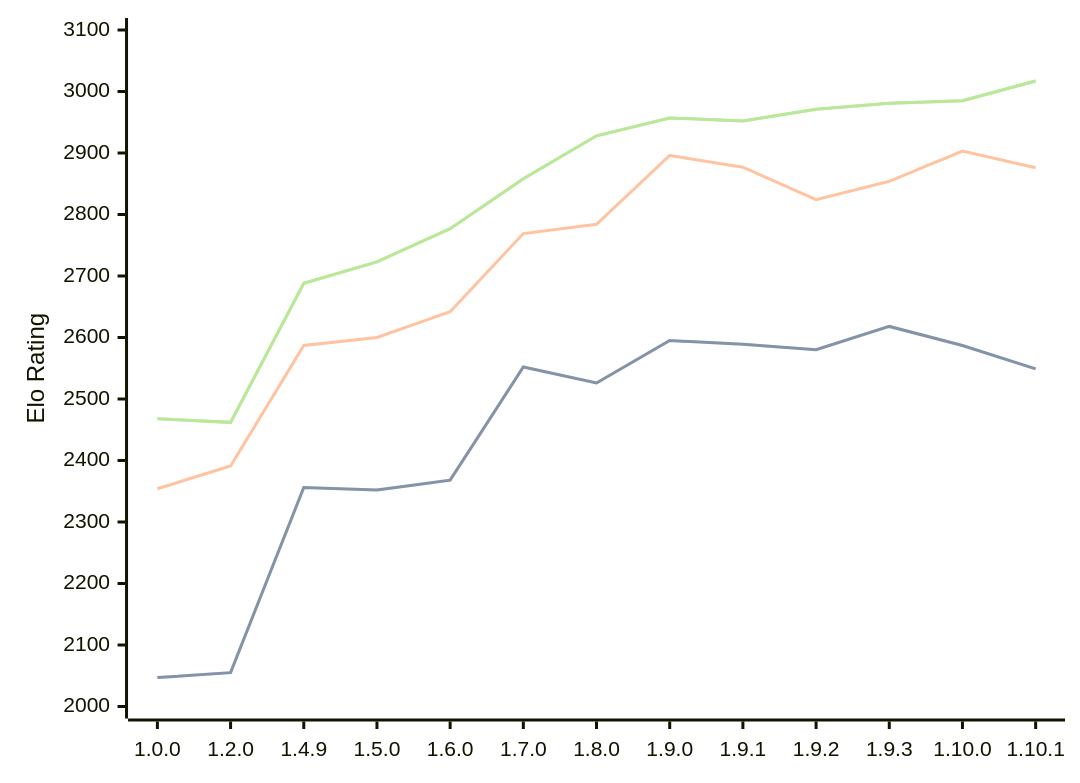
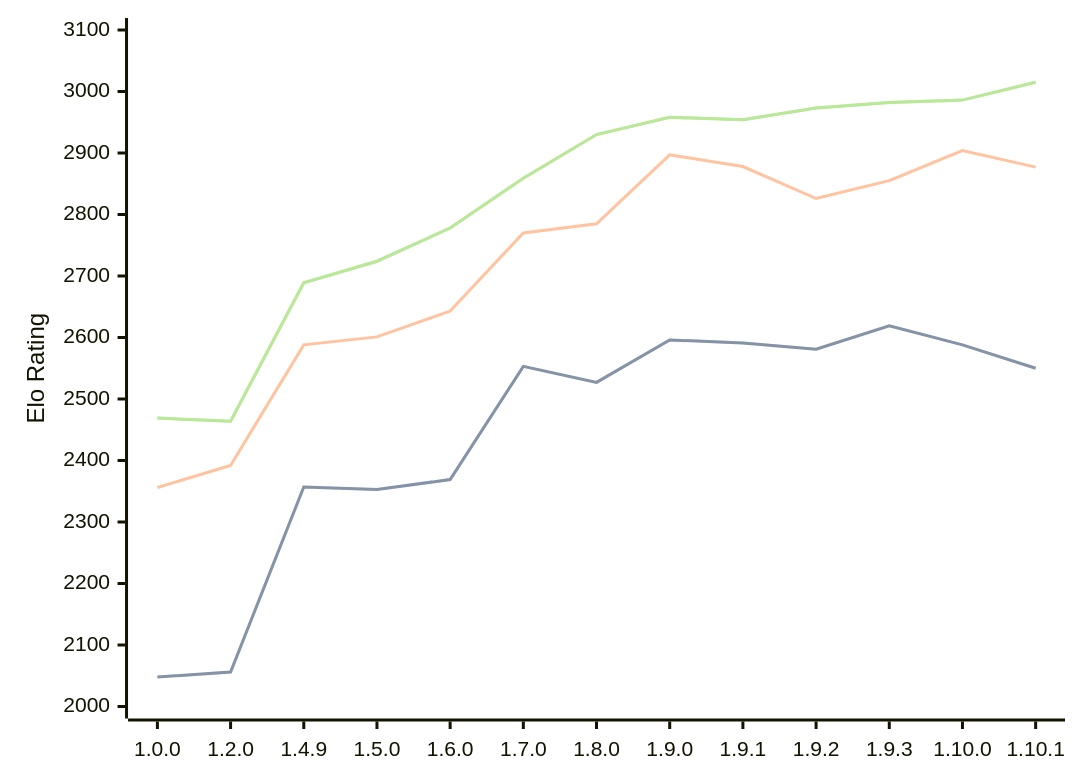
The diagram in engines/Basilisk.md (computer-chess-index/cci), drawn with Mermaid before and after one commit. The commit also changed other lines of this file, not shown here.

Commit message:
Update CCI Ratings (ELO VLTC) - 2026-10-09

````diff
--- a/engines/Basilisk.md
+++ b/engines/Basilisk.md
@@ -56,11 +56,11 @@
 ```mermaid
 %%{init: {"theme":"base","themeVariables":{"seriesColors:['#a3a3a3','#222221','#faa371']}}}%%
 xychart-beta
   x-axis ["1.0.0", "1.2.0", "1.4.9", "1.5.0", "1.6.0", "1.7.0", "1.8.0", "1.9.0", "1.9.1", "1.9.2", "1.9.3", "1.10.0", "1.10.1"]
   y-axis "Elo Rating" 2000 --> 3100
-  line "" [2047, 2055, 2356, 2352, 2368, 2552, 2526, 2595, 2589, 2580, 2618, 2587, 2549]
-  line "STC (8.0+0.08s)" [2047, 2055, 2356, 2352, 2368, 2552, 2526, 2595, 2589, 2580, 2618, 2587, 2549]
-  line "LTC (60.0+0.60s)" [2354, 2391, 2587, 2600, 2642, 2769, 2784, 2896, 2877, 2824, 2854, 2903, 2876]
-  line "" [2468, 2462, 2688, 2723, 2777, 2858, 2928, 2957, 2952, 2971, 2981, 2985, 3017]
-  line "VLTC (2m24s+1.12s)" [2468, 2462, 2688, 2723, 2777, 2858, 2928, 2957, 2952, 2971, 2981, 2985, 3017]
+  line "" [2048, 2056, 2357, 2353, 2369, 2553, 2527, 2596, 2591, 2581, 2619, 2588, 2550]
+  line "STC (8.0+0.08s)" [2048, 2056, 2357, 2353, 2369, 2553, 2527, 2596, 2591, 2581, 2619, 2588, 2550]
+  line "LTC (60.0+0.60s)" [2356, 2392, 2588, 2601, 2643, 2770, 2785, 2897, 2878, 2826, 2855, 2904, 2877]
+  line "" [2469, 2464, 2689, 2724, 2778, 2859, 2930, 2958, 2954, 2973, 2982, 2986, 3015]
+  line "VLTC (2m24s+1.12s)" [2469, 2464, 2689, 2724, 2778, 2859, 2930, 2958, 2954, 2973, 2982, 2986, 3015]
 ```
````
